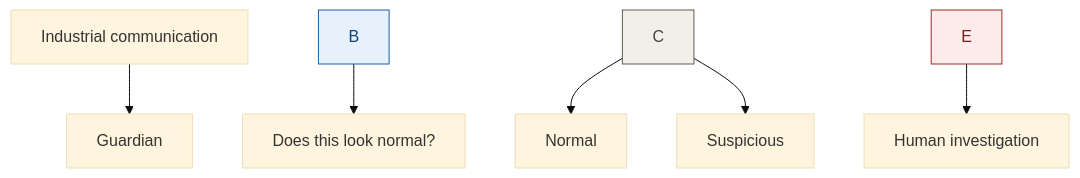
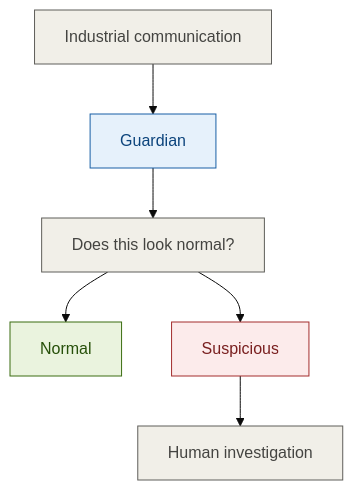
Before and after one commit to Queenrahinee-debug/Local-AI-Guardian: the first of 6 diagrams in README.md, drawn with Mermaid (base theme). The commit also changed other lines of this file and 11 other files, not shown here.

````diff
--- a/README.md
+++ b/README.md
@@ -63,18 +61,18 @@
 ```mermaid
 flowchart TD
-    A\[Industrial communication] --> B\[Guardian]
-    B --> C\[Does this look normal?]
-    C --> D\[Normal]
-    C --> E\[Suspicious]
-    E --> F\[Human investigation]
+    A[Industrial communication] --> B[Guardian]
+    B --> C[Does this look normal?]
+    C --> D[Normal]
+    C --> E[Suspicious]
+    E --> F[Human investigation]
 
     classDef gray fill:#F1EFE8,stroke:#5F5E5A,color:#444441
     classDef blue fill:#E6F1FB,stroke:#185FA5,color:#0C447C
     classDef green fill:#EAF3DE,stroke:#3B6D11,color:#27500A
     classDef red fill:#FCEBEB,stroke:#A32D2D,color:#791F1F
 
     class A,C,F gray
     class B blue
     class D green
     class E red
 ```
````
